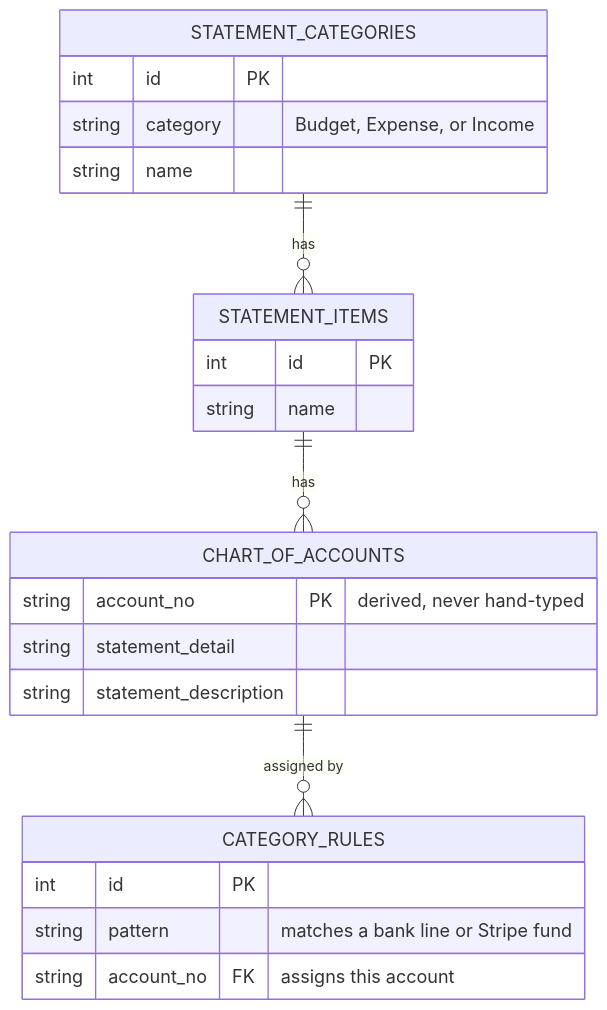
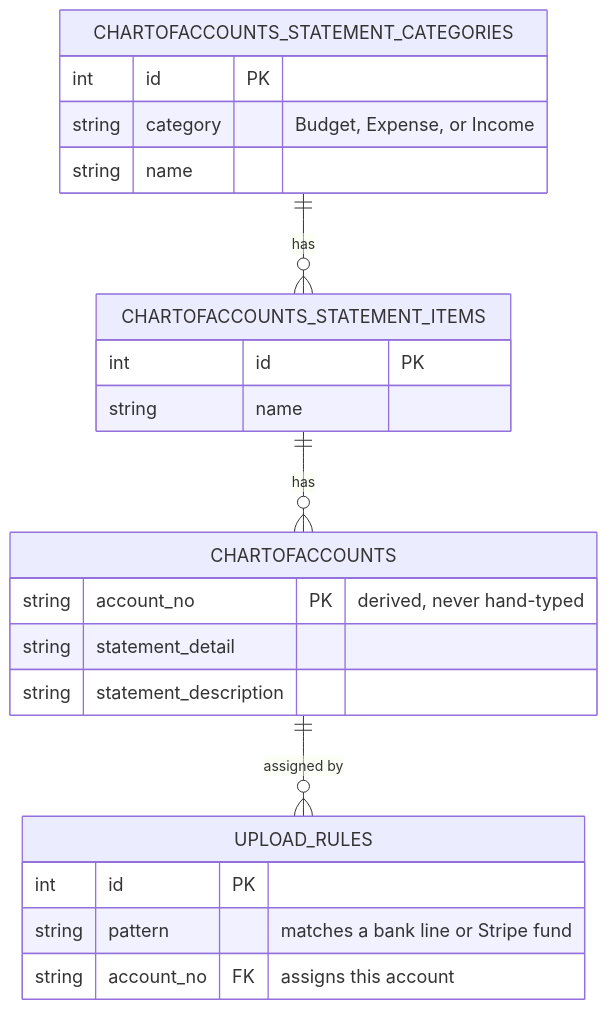
The fourth of 7 diagrams in docs/ARCHITECTURE.md (treasurer-cwmtc/cross-way-ledger), drawn with Mermaid before and after one commit. The commit also changed other lines of this file and 13 other files, not shown here.

First line of the commit message:
Overhaul documentation: user runbooks, GCP deployment guide, current architecture

````diff
--- a/docs/ARCHITECTURE.md
+++ b/docs/ARCHITECTURE.md
@@ -167,27 +172,27 @@
 ```mermaid
 %%{init: {"themeVariables": {"fontSize": "18px"}}}%%
 erDiagram
-    STATEMENT_CATEGORIES {
+    CHARTOFACCOUNTS_STATEMENT_CATEGORIES {
         int id PK
         string category "Budget, Expense, or Income"
         string name
     }
-    STATEMENT_ITEMS {
+    CHARTOFACCOUNTS_STATEMENT_ITEMS {
         int id PK
         string name
     }
-    CHART_OF_ACCOUNTS {
+    CHARTOFACCOUNTS {
         string account_no PK "derived, never hand-typed"
         string statement_detail
         string statement_description
     }
-    CATEGORY_RULES {
+    UPLOAD_RULES {
         int id PK
         string pattern "matches a bank line or Stripe fund"
         string account_no FK "assigns this account"
     }
 
-    STATEMENT_CATEGORIES ||--o{ STATEMENT_ITEMS : has
-    STATEMENT_ITEMS ||--o{ CHART_OF_ACCOUNTS : has
-    CHART_OF_ACCOUNTS ||--o{ CATEGORY_RULES : "assigned by"
+    CHARTOFACCOUNTS_STATEMENT_CATEGORIES ||--o{ CHARTOFACCOUNTS_STATEMENT_ITEMS : has
+    CHARTOFACCOUNTS_STATEMENT_ITEMS ||--o{ CHARTOFACCOUNTS : has
+    CHARTOFACCOUNTS ||--o{ UPLOAD_RULES : "assigned by"
 ```
````
